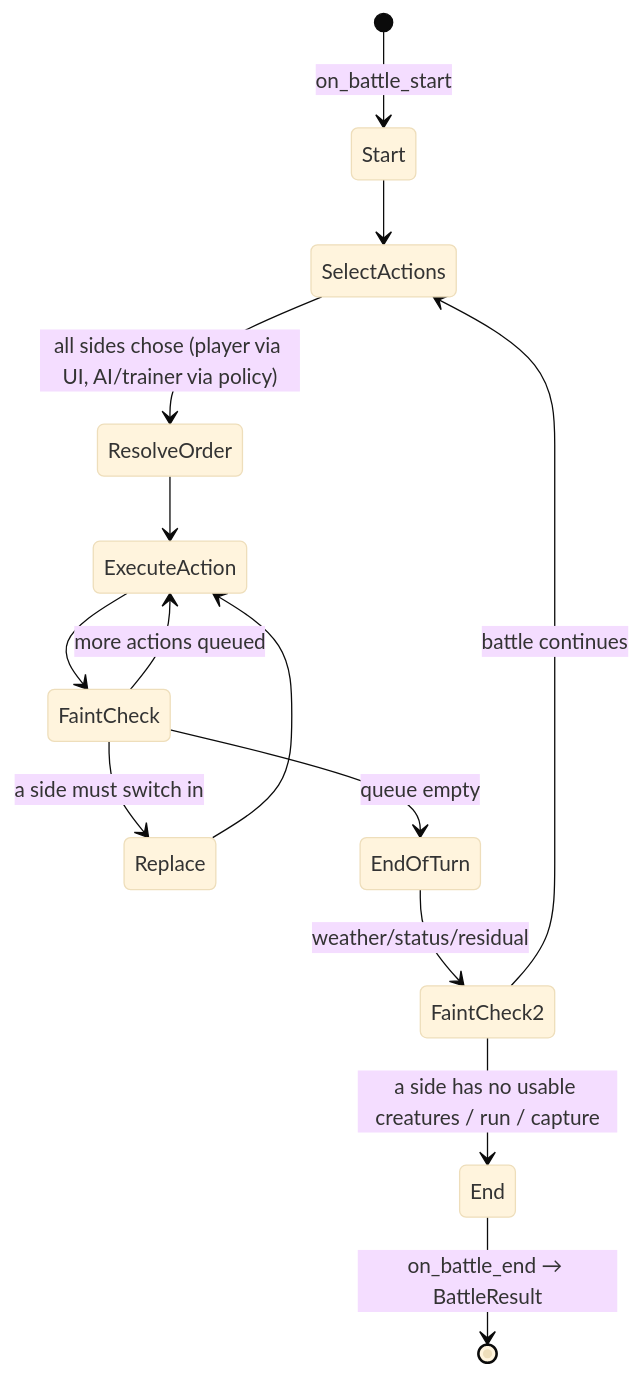
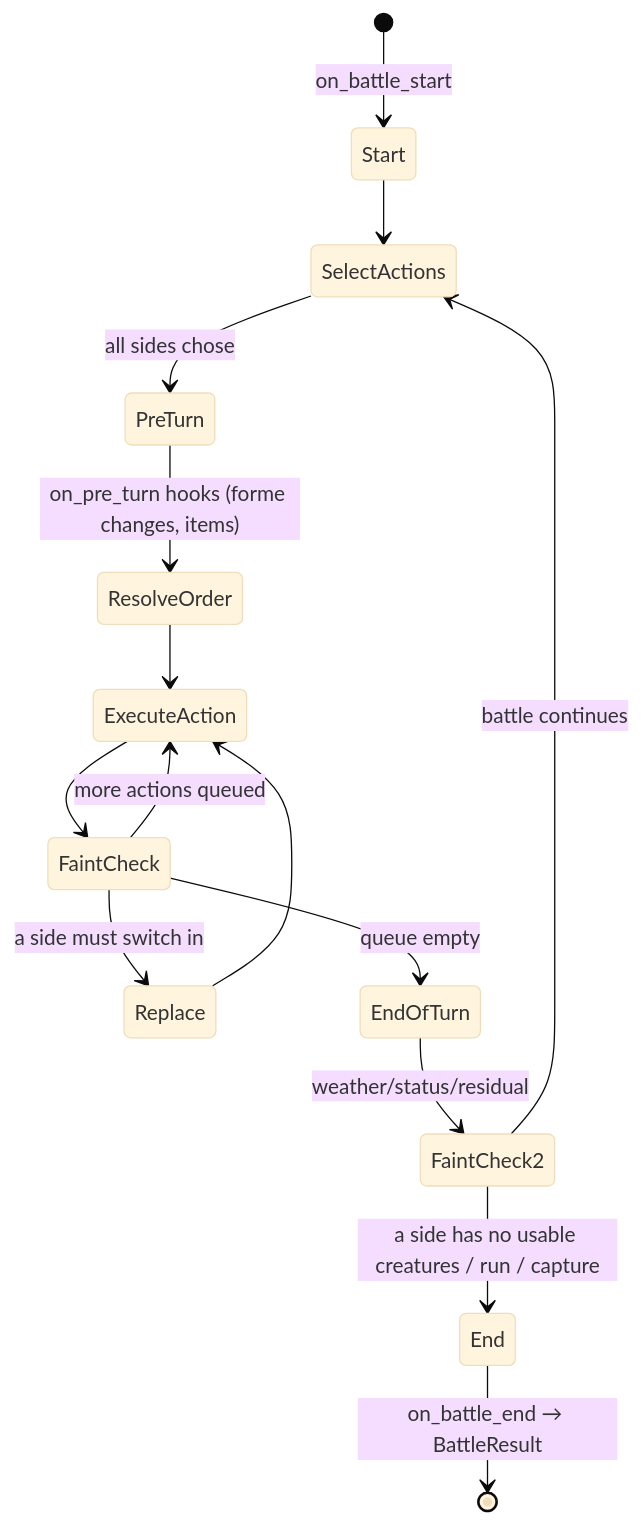
Before and after one commit to umbertocicciaa/pkrs: the fourth of 4 diagrams in docs/design.md, drawn with Mermaid (base theme). The commit also changed other lines of this file, not shown here.

First line of the commit message:
docs: incorporate design review feedback on MVP architecture

````diff
--- a/docs/design.md
+++ b/docs/design.md
@@ -427,16 +480,17 @@
 ```mermaid
 stateDiagram-v2
   [*] --> Start: on_battle_start
   Start --> SelectActions
-  SelectActions --> ResolveOrder: all sides chose (player via UI, AI/trainer via policy)
+  SelectActions --> PreTurn: all sides chose
+  PreTurn --> ResolveOrder: on_pre_turn hooks (forme changes, items)
   ResolveOrder --> ExecuteAction
   ExecuteAction --> FaintCheck
   FaintCheck --> ExecuteAction: more actions queued
   FaintCheck --> Replace: a side must switch in
   Replace --> ExecuteAction
   FaintCheck --> EndOfTurn: queue empty
   EndOfTurn --> FaintCheck2: weather/status/residual
   FaintCheck2 --> SelectActions: battle continues
   FaintCheck2 --> End: a side has no usable creatures / run / capture
   End --> [*]: on_battle_end → BattleResult
 ```
````
